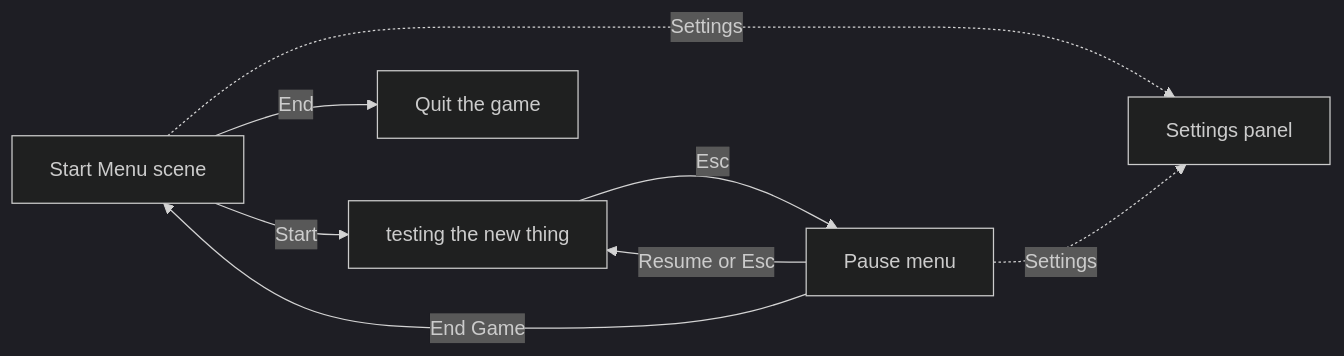
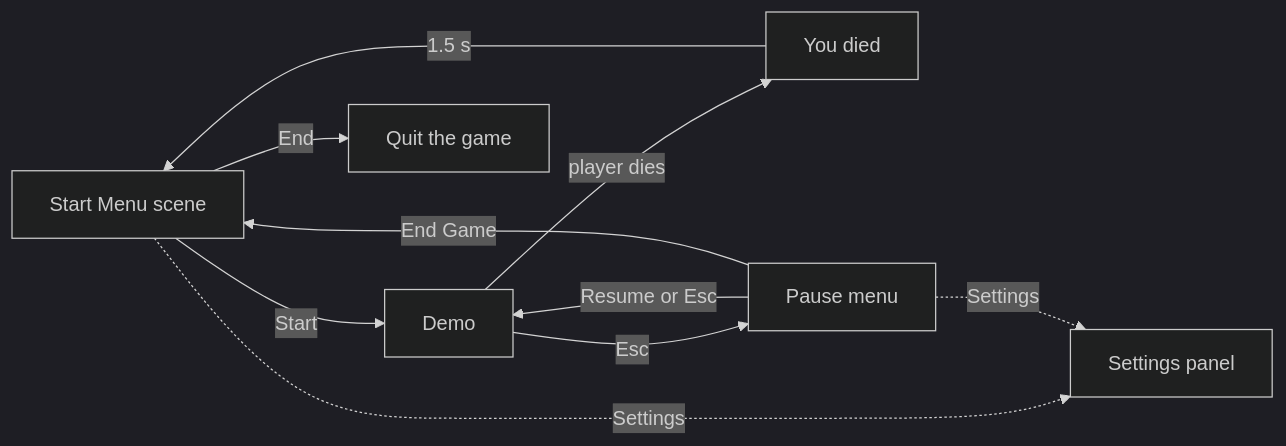
The diagram in Obsidian/Systems/Menus and Game Flow.md (Chidra20/gyarte), drawn with Mermaid (dark theme) before and after one commit. The commit also changed other lines of this file and 82 other files, not shown here.

Commit message:
Demo game loop

````diff
--- a/Obsidian/Systems/Menus and Game Flow.md
+++ b/Obsidian/Systems/Menus and Game Flow.md
@@ -9,10 +9,12 @@
 ```mermaid
 flowchart LR
-    Menu[Start Menu scene] -->|Start| Game[testing the new thing]
+    Menu[Start Menu scene] -->|Start| Game[Demo]
+    Game -->|player dies| Died[You died]
+    Died -->|1.5 s| Menu
     Menu -->|End| Quit[Quit the game]
     Game -->|Esc| Pause[Pause menu]
     Pause -->|Resume or Esc| Game
     Pause -->|End Game| Menu
     Menu -.->|Settings| Settings[Settings panel]
     Pause -.->|Settings| Settings
 ```
````
